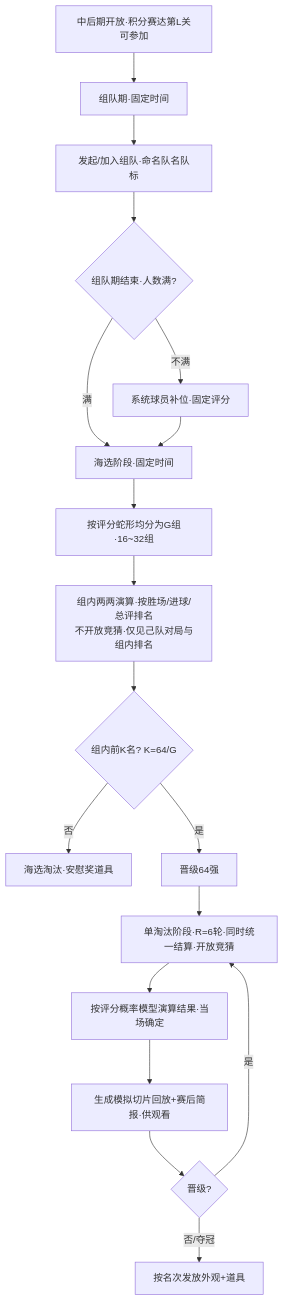
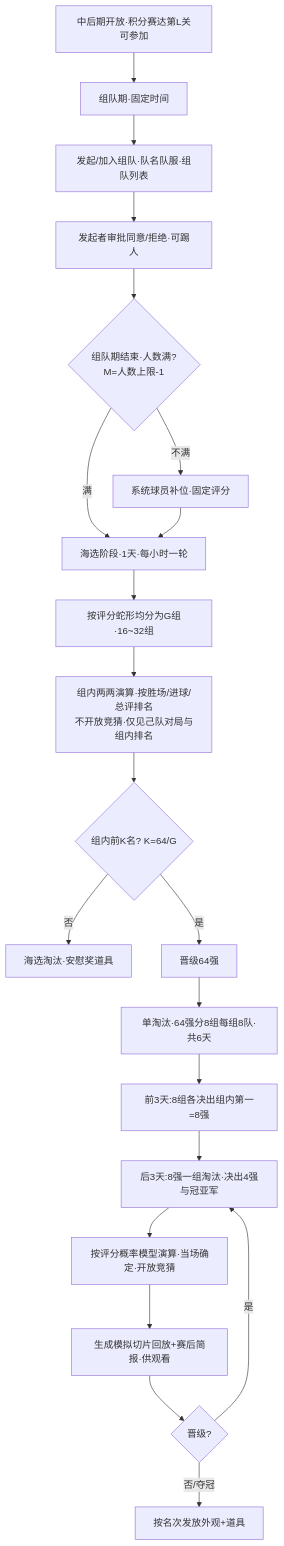
One commit to RehearsalTap4Fun/MindToDoc changed the sixth of 11 diagrams in output/2026世界杯主题活动-开发文档.md. Above: the diagram before and after it, drawn with Mermaid. The commit also changed other lines of this file, not shown here.

Commit message:
docs: 3.6 淘汰赛细化组队审批/踢人·M=上限-1·海选每小时轮·单淘汰8组8队赛程

````diff
--- a/output/2026世界杯主题活动-开发文档.md
+++ b/output/2026世界杯主题活动-开发文档.md
@@ -595,20 +605,23 @@
 ```mermaid
 flowchart TD
     A[中后期开放·积分赛达第L关可参加] --> B[组队期·固定时间]
-    B --> C[发起/加入组队·命名队名队标]
-    C --> D{组队期结束·人数满?}
+    B --> C[发起/加入组队·队名队服·组队列表]
+    C --> C1[发起者审批同意/拒绝·可踢人]
+    C1 --> D{组队期结束·人数满?<br/>M=人数上限-1}
     D -->|不满| E[系统球员补位·固定评分]
-    D -->|满| F[海选阶段·固定时间]
+    D -->|满| F[海选阶段·1天·每小时一轮]
     E --> F
     F --> G[按评分蛇形均分为G组·16~32组]
     G --> H[组内两两演算·按胜场/进球/总评排名<br/>不开放竞猜·仅见己队对局与组内排名]
     H --> I{组内前K名? K=64/G}
     I -->|否| J[海选淘汰·安慰奖道具]
     I -->|是| K[晋级64强]
-    K --> L[单淘汰阶段·R=6轮·同时统一结算·开放竞猜]
-    L --> M[按评分概率模型演算结果·当场确定]
+    K --> L[单淘汰·64强分8组每组8队·共6天]
+    L --> L1[前3天:8组各决出组内第一=8强]
+    L1 --> L2[后3天:8强一组淘汰·决出4强与冠亚军]
+    L2 --> M[按评分概率模型演算·当场确定·开放竞猜]
     M --> N[生成模拟切片回放+赛后简报·供观看]
     N --> O{晋级?}
-    O -->|是| L
+    O -->|是| L2
     O -->|否/夺冠| P[按名次发放外观+道具]
 ```
````
